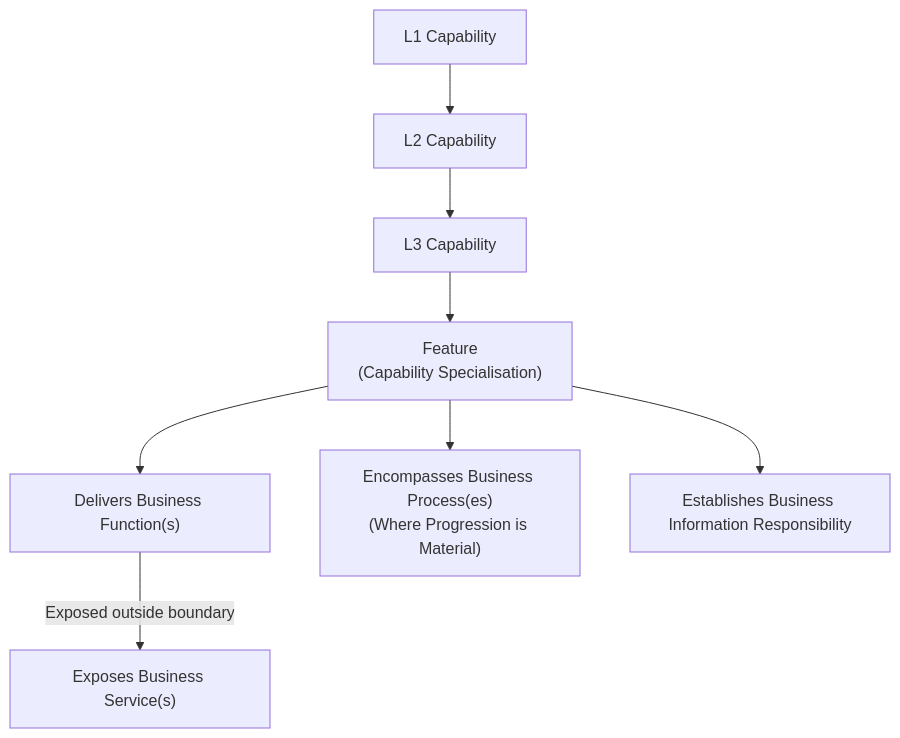
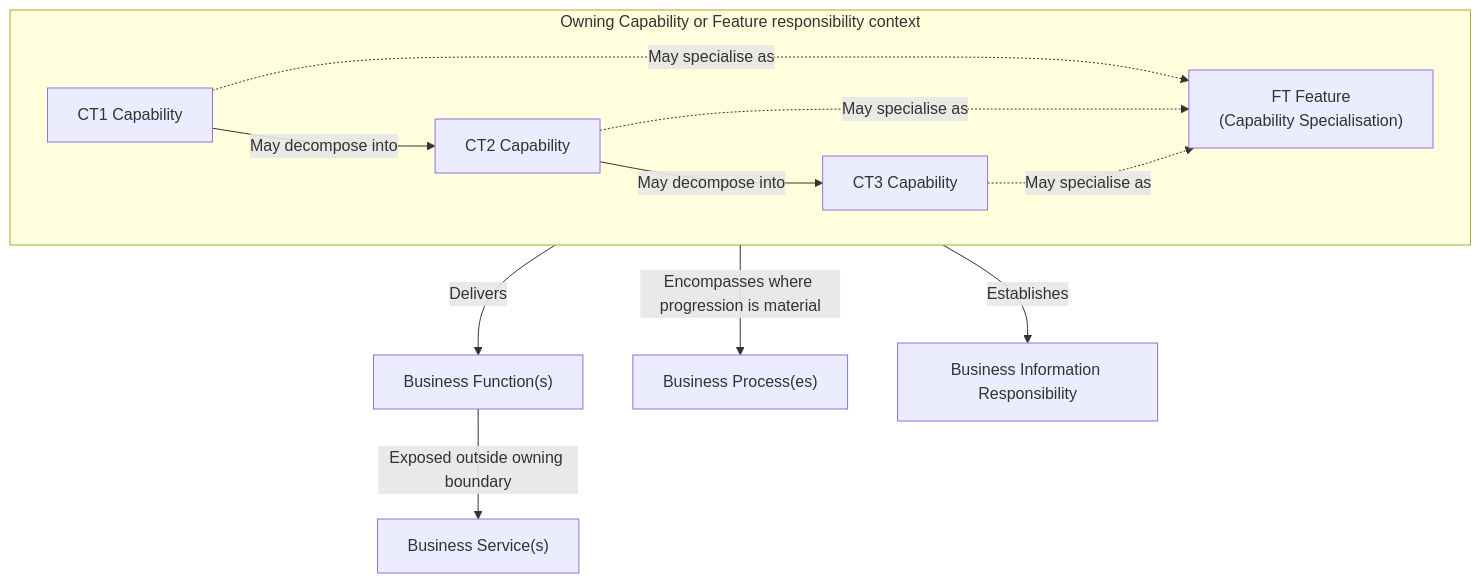
The diagram in docs/markdown/03-business-architecture/metamodel/business-architecture-metamodel.md (fhirfactory/harmonia), drawn with Mermaid before and after one commit. The commit also changed other lines of this file and 34 other files, not shown here.

Commit message:
Harmonia Documentation - Domain 04 - Package2 - G1 - Architectural Reconciliation and Closure

````diff
--- a/docs/markdown/03-business-architecture/metamodel/business-architecture-metamodel.md
+++ b/docs/markdown/03-business-architecture/metamodel/business-architecture-metamodel.md
@@ -7,10 +7,14 @@
 ```mermaid
 graph TD
-    L1["L1 Capability"] --> L2["L2 Capability"]
-    L2 --> L3["L3 Capability"]
-    L3 --> FEAT["Feature<br/>(Capability Specialisation)"]
-    FEAT --> FUNC["Delivers Business Function(s)"]
-    FUNC -->|Exposed outside boundary| SERV["Exposes Business Service(s)"]
-    FEAT --> PROC["Encompasses Business Process(es)<br/>(Where Progression is Material)"]
-    FEAT --> INFO["Establishes Business Information Responsibility"]
+    subgraph OWNER["Owning Capability or Feature responsibility context"]
+        CT1["CT1 Capability"] -->|May decompose into| CT2["CT2 Capability"]
+        CT2 -->|May decompose into| CT3["CT3 Capability"]
+        CT1 -.->|May specialise as| FT["FT Feature<br/>(Capability Specialisation)"]
+        CT2 -.->|May specialise as| FT
+        CT3 -.->|May specialise as| FT
+    end
+    OWNER -->|Delivers| FUNC["Business Function(s)"]
+    FUNC -->|Exposed outside owning boundary| SERV["Business Service(s)"]
+    OWNER -->|Encompasses where progression is material| PROC["Business Process(es)"]
+    OWNER -->|Establishes| INFO["Business Information Responsibility"]
 ```
````
